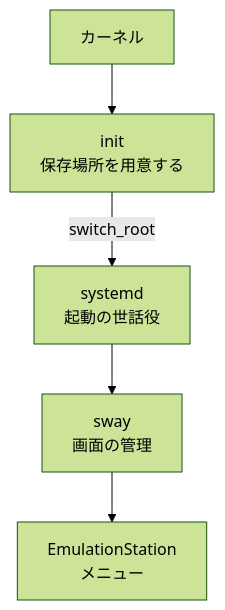
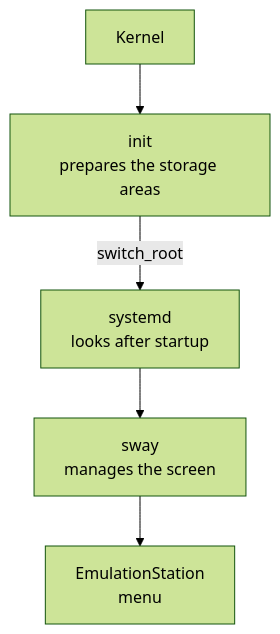
Before and after one commit to kiwamizamurai/gaming: the first of 3 diagrams in articles/18-os.md, drawn with Mermaid (forest theme). The commit also changed other lines of this file and 46 other files, not shown here.

````diff
--- a/articles/18-os.md
+++ b/articles/18-os.md
@@ -53,7 +53,7 @@
 ```mermaid
 flowchart TD
-    K[カーネル] --> I[init<br>保存場所を用意する]
-    I -->|switch_root| S[systemd<br>起動の世話役]
-    S --> W[sway<br>画面の管理]
-    W --> E[EmulationStation<br>メニュー]
+    K[Kernel] --> I[init<br>prepares the storage areas]
+    I -->|switch_root| S[systemd<br>looks after startup]
+    S --> W[sway<br>manages the screen]
+    W --> E[EmulationStation<br>menu]
 ```
````
